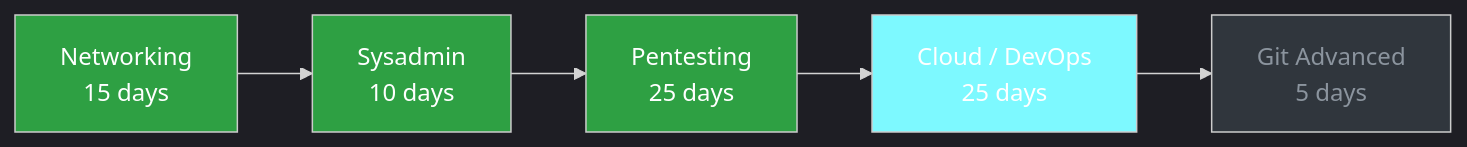
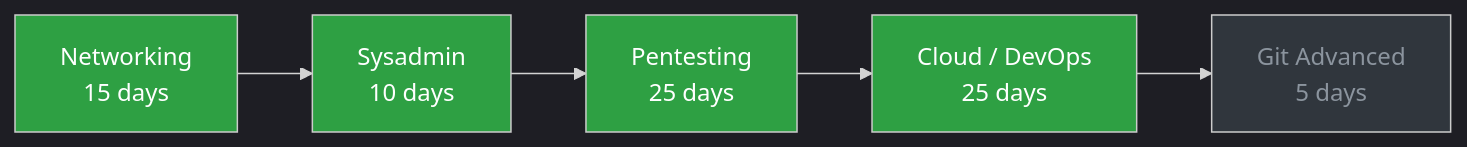
One commit to Jeetendra-sanatani/tools-journal changed the second of 2 diagrams in README.md. Above: the diagram before and after it, drawn with Mermaid.

````diff
--- a/README.md
+++ b/README.md
@@ -63,14 +63,14 @@
 ```mermaid
 %%{init: {'theme':'dark'}}%%
 flowchart LR
     A[Networking<br/>15 days] --> B[Sysadmin<br/>10 days]
     B --> C[Pentesting<br/>25 days]
     C --> D[Cloud / DevOps<br/>25 days]
     D --> E[Git Advanced<br/>5 days]
 
     style A fill:#2ea043,color:#fff
     style B fill:#2ea043,color:#fff
     style C fill:#2ea043,color:#fff
-    style D fill:#7DF9FF,color:#fff
+    style D fill:#2ea043,color:#fff
     style E fill:#30363d,color:#8b949e
 ```
````
